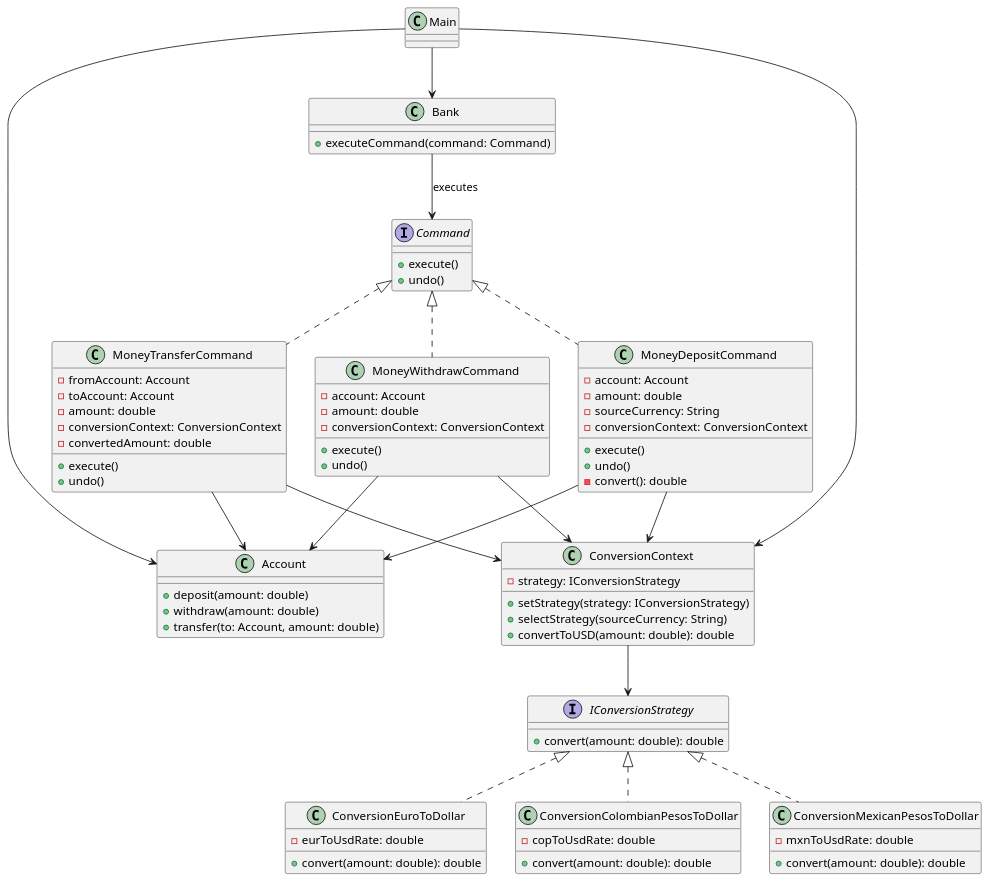
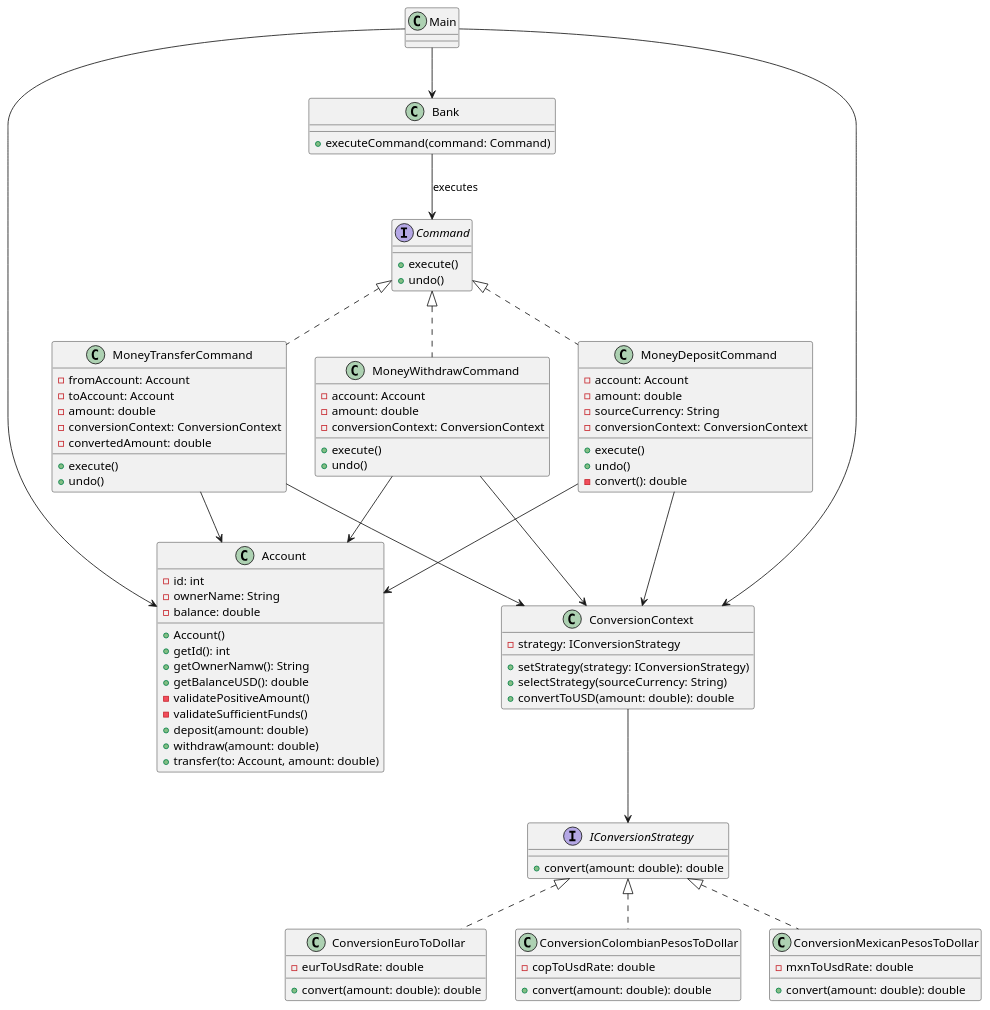
The diagram in DiagramaClases.wsd (Jhon-Cortez/Strategy-Command), drawn with PlantUML before and after one commit.

Commit message:
Atributos de la clase Account

```diff
--- a/DiagramaClases.wsd
+++ b/DiagramaClases.wsd
@@ -1,107 +1,116 @@
 @startuml
 
 ' ===== INTERFACES =====
 interface Command {
     +execute()
     +undo()
 }
 
 interface IConversionStrategy {
     +convert(amount: double): double
 }
 
 ' ===== CORE =====
 class Account {
+    -id: int
+    -ownerName: String 
+    -balance: double
+    +Account()
+    +getId(): int
+    +getOwnerNamw(): String
+    +getBalanceUSD(): double
+    -validatePositiveAmount()
+    -validateSufficientFunds()
     +deposit(amount: double)
     +withdraw(amount: double)
     +transfer(to: Account, amount: double)
 }
 
 class Bank {
     +executeCommand(command: Command)
 }
 
 class Main
 
 ' ===== COMMANDS =====
 class MoneyDepositCommand {
     -account: Account
     -amount: double
     -sourceCurrency: String
     -conversionContext: ConversionContext
     +execute()
     +undo()
     -convert(): double
 }
 
 class MoneyWithdrawCommand {
     -account: Account
     -amount: double
     -conversionContext: ConversionContext
     +execute()
     +undo()
 }
 
 class MoneyTransferCommand {
     -fromAccount: Account
     -toAccount: Account
     -amount: double
     -conversionContext: ConversionContext
     -convertedAmount: double
     +execute()
     +undo()
 }
 
 ' ===== STRATEGY CONTEXT =====
 class ConversionContext {
     -strategy: IConversionStrategy
     +setStrategy(strategy: IConversionStrategy)
     +selectStrategy(sourceCurrency: String)
     +convertToUSD(amount: double): double
 }
 
 ' ===== STRATEGIES =====
 class ConversionEuroToDollar {
     -eurToUsdRate: double
     +convert(amount: double): double
 }
 
 class ConversionColombianPesosToDollar {
     -copToUsdRate: double
     +convert(amount: double): double
 }
 
 class ConversionMexicanPesosToDollar {
     -mxnToUsdRate: double
     +convert(amount: double): double
 }
 
 ' ===== RELATIONSHIPS =====
 
 ' Command pattern
 Command <|.. MoneyDepositCommand
 Command <|.. MoneyWithdrawCommand
 Command <|.. MoneyTransferCommand
 Bank --> Command : executes
 
 ' Account usage
 MoneyDepositCommand --> Account
 MoneyWithdrawCommand --> Account
 MoneyTransferCommand --> Account
 
 ' Strategy pattern
 IConversionStrategy <|.. ConversionEuroToDollar
 IConversionStrategy <|.. ConversionColombianPesosToDollar
 IConversionStrategy <|.. ConversionMexicanPesosToDollar
 
 ConversionContext --> IConversionStrategy
 MoneyDepositCommand --> ConversionContext
 MoneyWithdrawCommand --> ConversionContext
 MoneyTransferCommand --> ConversionContext
 
 ' Main usage
 Main --> Bank
 Main --> Account
 Main --> ConversionContext
 
 @enduml
```
